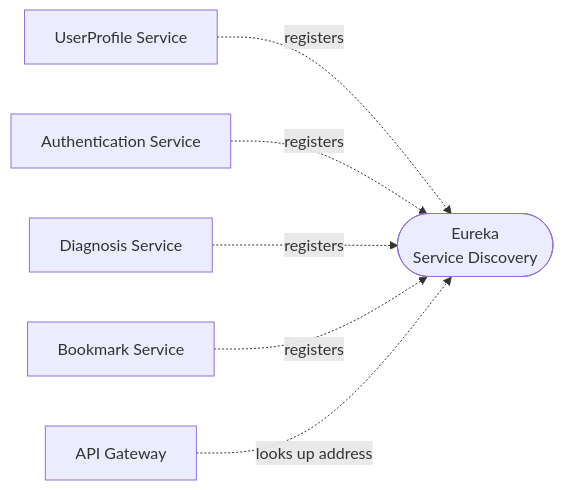
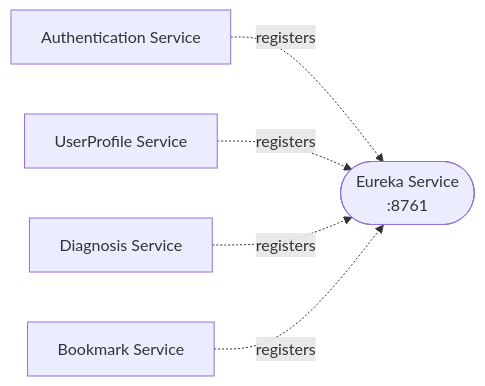
One commit to mathaisjustin/cardiac-diagonistics changed the second of 4 diagrams in docs/ARCHITECTURE.md. Above: the diagram before and after it, drawn with Mermaid. The commit also changed other lines of this file and 29 other files, not shown here.

````diff
--- a/docs/ARCHITECTURE.md
+++ b/docs/ARCHITECTURE.md
@@ -34,15 +37,13 @@
 ```mermaid
 flowchart LR
-    Eureka(["Eureka<br/>Service Discovery"])
-    Gateway["API Gateway"]
+    Eureka(["Eureka Service<br/>:8761"])
+    Auth["Authentication Service"]
     UserProfile["UserProfile Service"]
-    Auth["Authentication Service"]
     Diagnosis["Diagnosis Service"]
     Bookmark["Bookmark Service"]
 
+    Auth -. registers .-> Eureka
     UserProfile -. registers .-> Eureka
-    Auth -. registers .-> Eureka
     Diagnosis -. registers .-> Eureka
     Bookmark -. registers .-> Eureka
-    Gateway -. "looks up address" .-> Eureka
 ```
````
